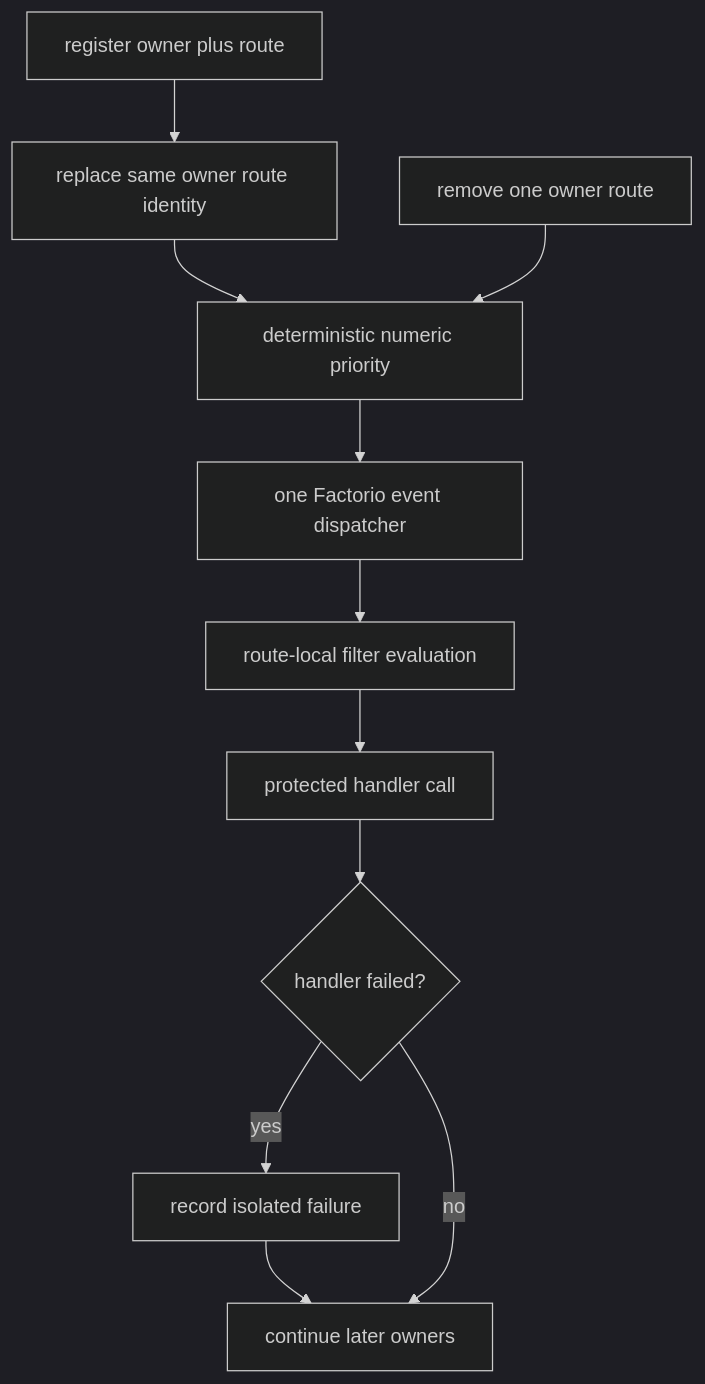
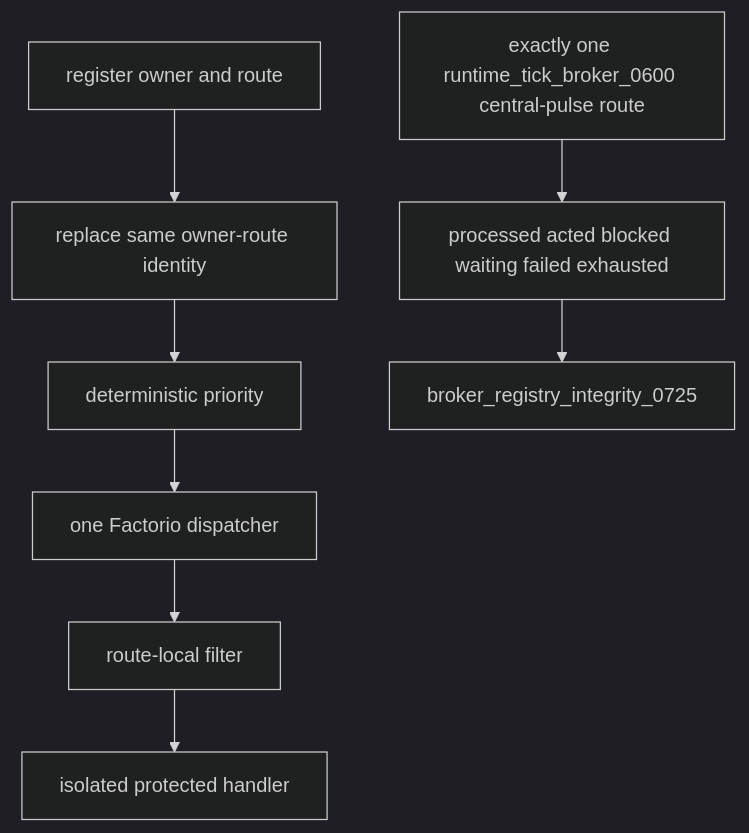
One commit to mrcalzon02/Tech-Priests changed the ninth of 11 diagrams in docs/RECOVERY_AUTHORITY_MAP_CURRENT.md. Above: the diagram before and after it, drawn with Mermaid (dark theme). The commit also changed other lines of this file, not shown here.

Commit message:
Map broker-first hardener recovery

````diff
--- a/docs/RECOVERY_AUTHORITY_MAP_CURRENT.md
+++ b/docs/RECOVERY_AUTHORITY_MAP_CURRENT.md
@@ -226,18 +207,15 @@
 ```mermaid
 flowchart TD
-    Register[register owner plus route]
-    Upsert[replace same owner route identity]
-    Sort[deterministic numeric priority]
-    Dispatch[one Factorio event dispatcher]
-    Filter[route-local filter evaluation]
-    Call[protected handler call]
-    Failed{handler failed?}
-    Record[record isolated failure]
-    Continue[continue later owners]
-    Remove[remove one owner route]
+    Register[register owner and route]
+    Upsert[replace same owner-route identity]
+    Sort[deterministic priority]
+    Dispatch[one Factorio dispatcher]
+    Filter[route-local filter]
+    Call[isolated protected handler]
+    BrokerRoute[exactly one runtime_tick_broker_0600 central-pulse route]
+    Normalize[processed acted blocked waiting failed exhausted]
+    Audit[broker_registry_integrity_0725]
 
-    Register --> Upsert --> Sort --> Dispatch --> Filter --> Call --> Failed
-    Failed -- yes --> Record --> Continue
-    Failed -- no --> Continue
-    Remove --> Sort
+    Register --> Upsert --> Sort --> Dispatch --> Filter --> Call
+    BrokerRoute --> Normalize --> Audit
 ```
````
